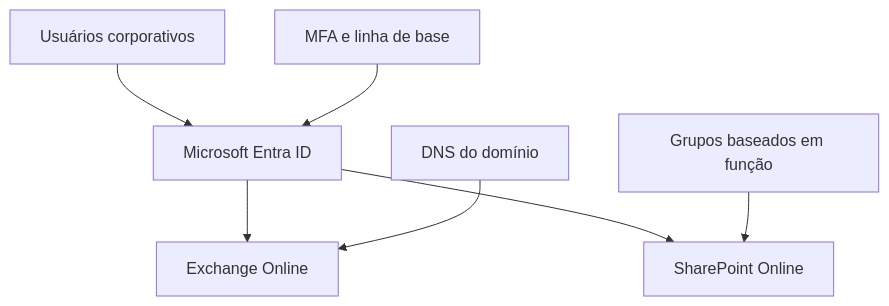
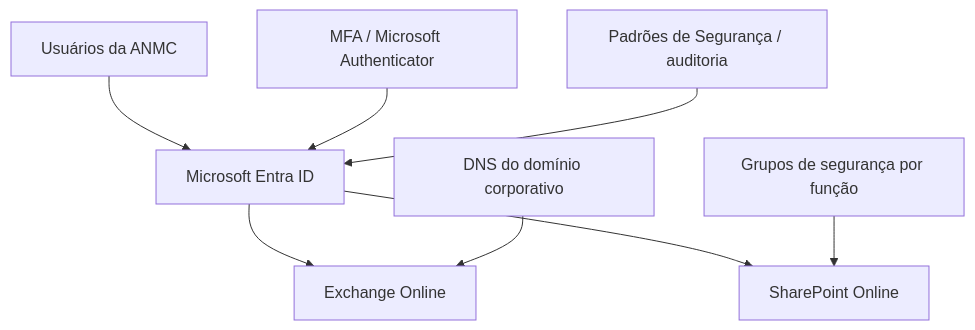
One commit to GabrielCerqm/ANMC-M365-implantation changed the diagram in README.md. Above: the diagram before and after it, drawn with Mermaid. The commit also changed other lines of this file, not shown here.

Commit message:
docs: identify ANMC project and update portfolio presentation

````diff
--- a/README.md
+++ b/README.md
@@ -103,9 +45,10 @@
 ```mermaid
 flowchart TB
-    U["Usuários corporativos"] --> ID["Microsoft Entra ID"]
+    U["Usuários da ANMC"] --> ID["Microsoft Entra ID"]
     ID --> EX["Exchange Online"]
     ID --> SP["SharePoint Online"]
-    SG["Grupos baseados em função"] --> SP
-    DNS["DNS do domínio"] --> EX
-    SEC["MFA e linha de base"] --> ID
+    G["Grupos de segurança por função"] --> SP
+    DNS["DNS do domínio corporativo"] --> EX
+    MFA["MFA / Microsoft Authenticator"] --> ID
+    SEC["Padrões de Segurança / auditoria"] --> ID
 ```
````
